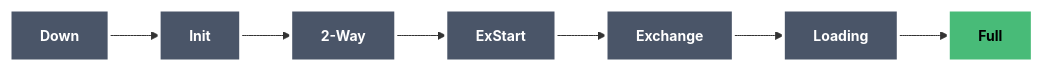
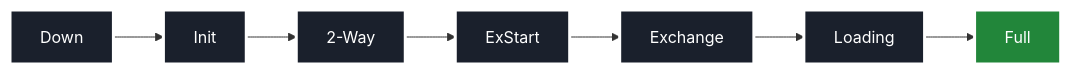
One commit to etherhtun/netforge-labs changed the diagram in docs/courses/00-igp-fundamentals/02-ospf.md. Above: the diagram before and after it, drawn with Mermaid. The commit also changed 1 other file, not shown here.

Commit message:
fix: use very dark backgrounds for diagrams (maximum contrast)
Previous attempt used too-light backgrounds. Switched to:
- Process boxes: very dark navy (#1a202c) with white text
- Result boxes: dark green (#22863a) with white text
- White borders (3px) for definition
- Font size 16px for legibility
- Removed HTML formatting tags that may interfere with Mermaid

This gives maximum contrast and should be readable in all viewing conditions.

````diff
--- a/docs/courses/00-igp-fundamentals/02-ospf.md
+++ b/docs/courses/00-igp-fundamentals/02-ospf.md
@@ -87,7 +87,7 @@
 ```mermaid
 graph LR
-    D["<b>Down</b>"] --> I["<b>Init</b>"] --> T["<b>2-Way</b>"] --> E["<b>ExStart</b>"] --> X["<b>Exchange</b>"] --> L["<b>Loading</b>"] --> F["<b>Full</b>"]
-    classDef progress fill:#4a5568,stroke:#ffffff,color:#ffffff,stroke-width:3px,font-size:14px,font-weight:bold;
-    classDef working fill:#48bb78,stroke:#ffffff,color:#000000,stroke-width:3px,font-size:14px,font-weight:bold;
+    D["Down"] --> I["Init"] --> T["2-Way"] --> E["ExStart"] --> X["Exchange"] --> L["Loading"] --> F["Full"]
+    classDef progress fill:#1a202c,stroke:#ffffff,color:#ffffff,stroke-width:3px,font-size:16px;
+    classDef working fill:#22863a,stroke:#ffffff,color:#ffffff,stroke-width:3px,font-size:16px;
     class D,I,T,E,X,L progress; class F working;
 ```
````
